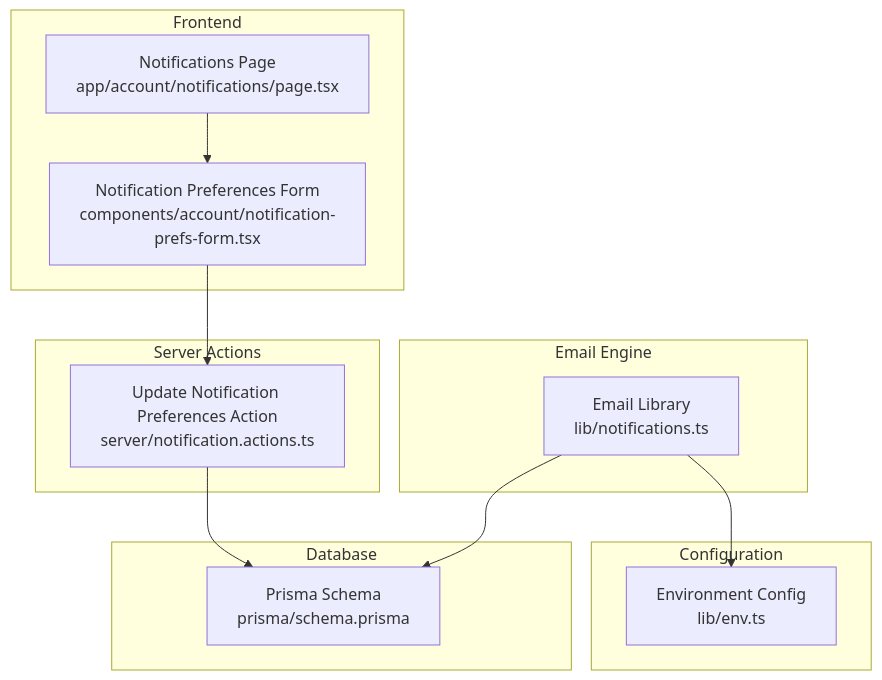
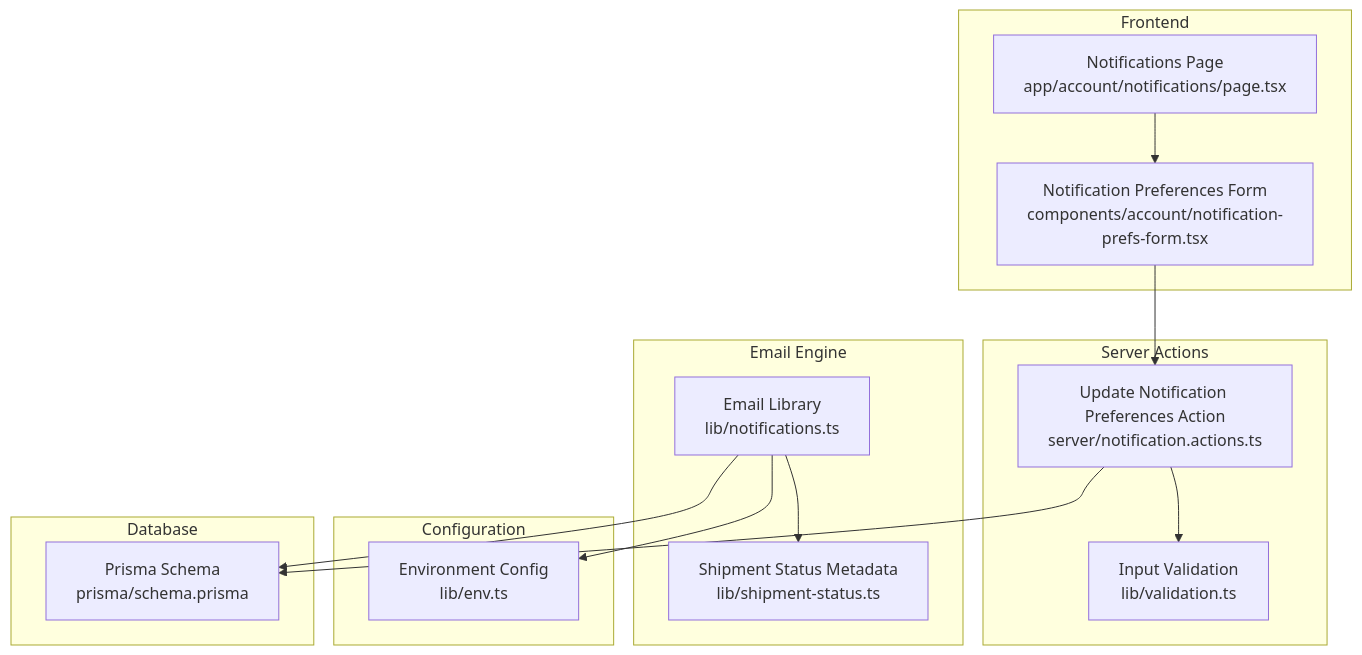
One commit to gyamposudodzi/Timberland changed the first of 6 diagrams in .qoder/repowiki/en/content/Notification System.md. Above: the diagram before and after it, drawn with Mermaid. The commit also changed other lines of this file and 87 other files, not shown here.

````diff
--- a/.qoder/repowiki/en/content/Notification System.md
+++ b/.qoder/repowiki/en/content/Notification System.md
@@ -37,24 +48,28 @@
 ```mermaid
 graph TB
 subgraph "Frontend"
 PrefsPage["Notifications Page<br/>app/account/notifications/page.tsx"]
 PrefsForm["Notification Preferences Form<br/>components/account/notification-prefs-form.tsx"]
 end
 subgraph "Server Actions"
 UpdatePrefsAction["Update Notification Preferences Action<br/>server/notification.actions.ts"]
+Validation["Input Validation<br/>lib/validation.ts"]
 end
 subgraph "Email Engine"
 NotificationsLib["Email Library<br/>lib/notiﬁcations.ts"]
+StatusMeta["Shipment Status Metadata<br/>lib/shipment-status.ts"]
 end
 subgraph "Configuration"
 Env["Environment Config<br/>lib/env.ts"]
 end
 subgraph "Database"
 Schema["Prisma Schema<br/>prisma/schema.prisma"]
 end
 PrefsPage --> PrefsForm
 PrefsForm --> UpdatePrefsAction
+UpdatePrefsAction --> Validation
 UpdatePrefsAction --> Schema
 NotificationsLib --> Env
+NotificationsLib --> StatusMeta
 NotificationsLib --> Schema
 ```
````
